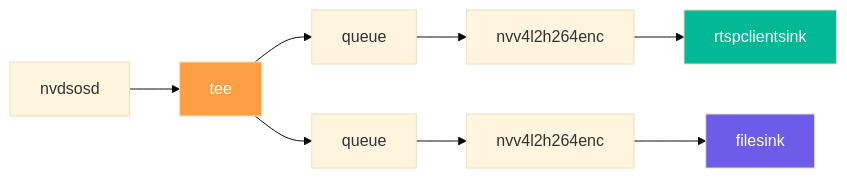
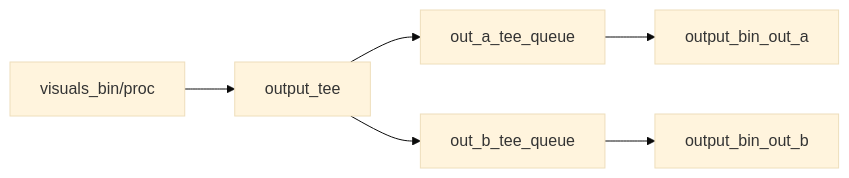
Before and after one commit to nam278/vms-engine: the sixth of 6 diagrams in docs/architecture/deepstream/04_linking_system.md, drawn with Mermaid (base theme). The commit also changed other lines of this file and 2 other files, not shown here.

````diff
--- a/docs/architecture/deepstream/04_linking_system.md
+++ b/docs/architecture/deepstream/04_linking_system.md
@@ -195,9 +195,6 @@
 ```mermaid
 flowchart LR
-    OSD["nvdsosd"] --> TEE["tee"]
-    TEE --> Q1["queue"] --> ENC1["nvv4l2h264enc"] --> RTSP["rtspclientsink"]
-    TEE --> Q2["queue"] --> ENC2["nvv4l2h264enc"] --> FILE["filesink"]
-    style TEE fill:#ff9f43,color:#fff
-    style RTSP fill:#00b894,color:#fff
-    style FILE fill:#6c5ce7,color:#fff
+    UP["visuals_bin/proc"] --> T["output_tee"]
+    T --> Q1["out_a_tee_queue"] --> O1["output_bin_out_a"]
+    T --> Q2["out_b_tee_queue"] --> O2["output_bin_out_b"]
 ```
````
